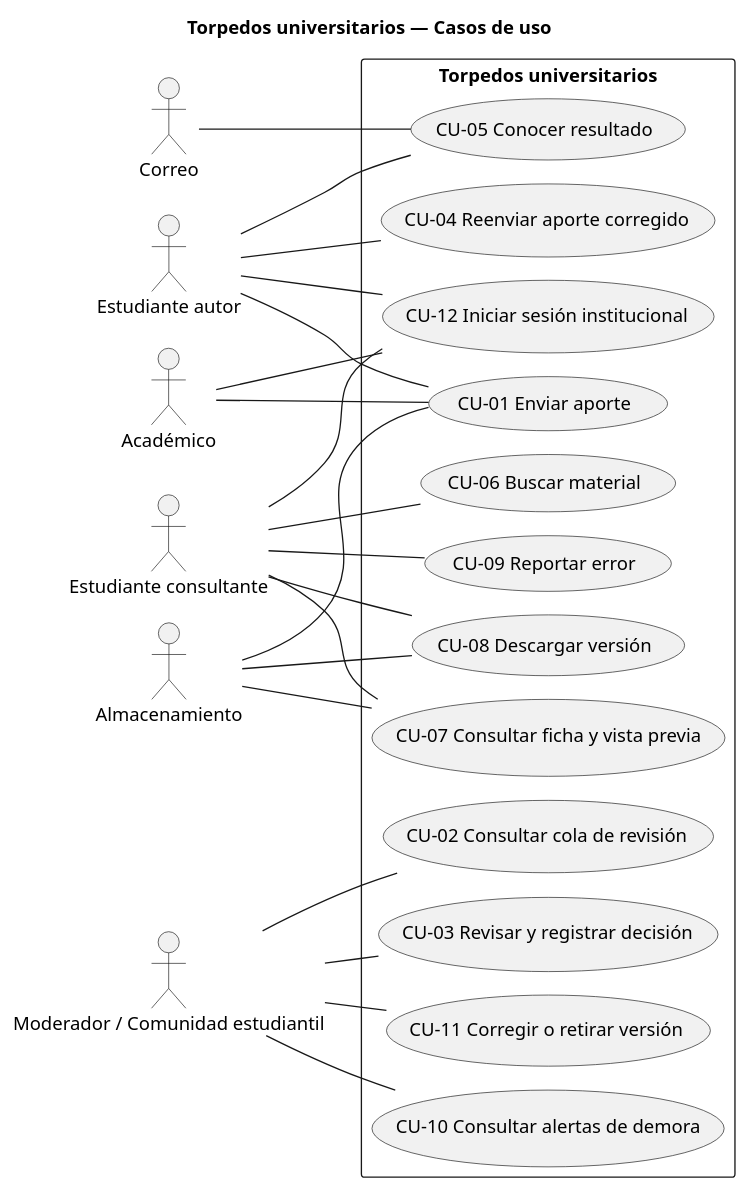
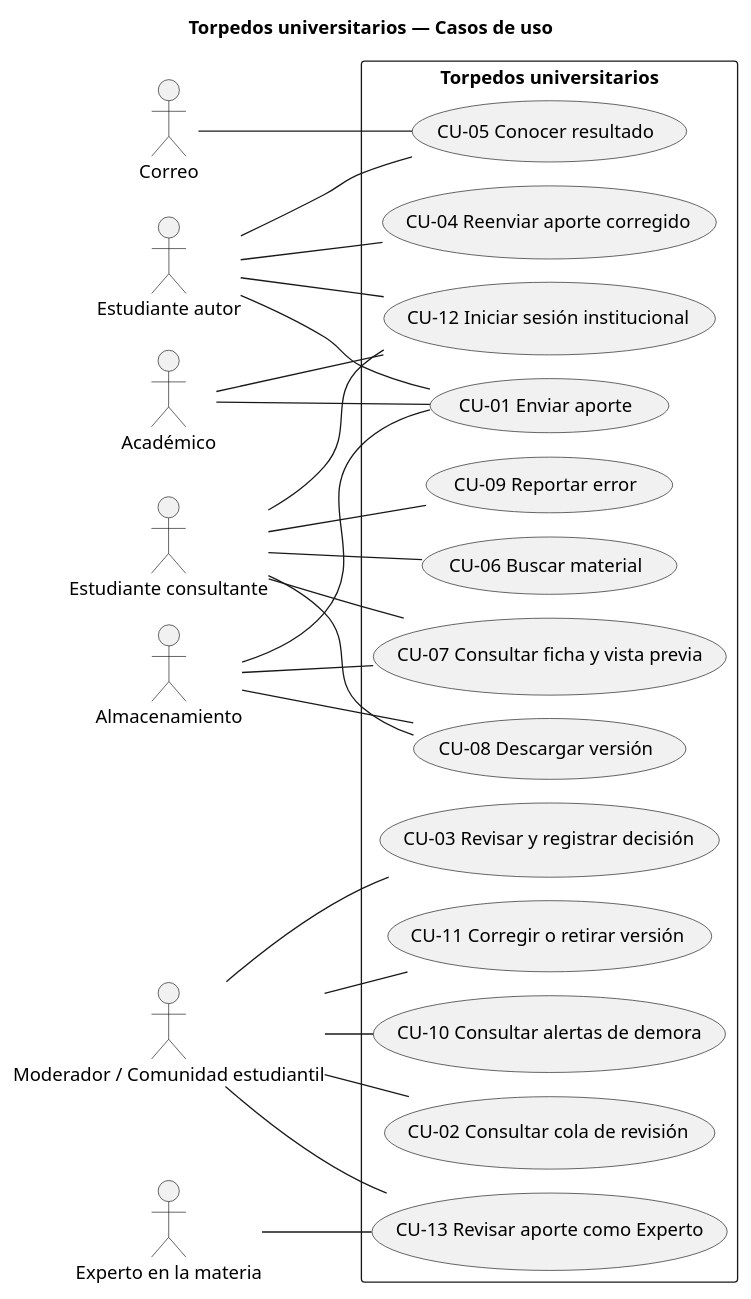
One commit to mapacheCorps/entrega changed the diagram in diagramas/casos-de-uso.puml. Above: the diagram before and after it, drawn with PlantUML. The commit also changed 38 other files, not shown here.

```diff
--- a/diagramas/casos-de-uso.puml
+++ b/diagramas/casos-de-uso.puml
@@ -1,45 +1,49 @@
 @startuml
 !pragma layout smetana
 left to right direction
 skinparam shadowing false
 title Torpedos universitarios — Casos de uso
 actor "Estudiante autor" as Autor
 actor "Estudiante consultante" as Consultante
 actor "Académico" as Academico
 actor "Moderador / Comunidad estudiantil" as Moderador
+actor "Experto en la materia" as Experto
 actor "Almacenamiento" as Archivos
 actor "Correo" as Correo
 rectangle "Torpedos universitarios" {
   usecase "CU-01 Enviar aporte" as CU1
   usecase "CU-02 Consultar cola de revisión" as CU2
   usecase "CU-03 Revisar y registrar decisión" as CU3
   usecase "CU-04 Reenviar aporte corregido" as CU4
   usecase "CU-05 Conocer resultado" as CU5
   usecase "CU-06 Buscar material" as CU6
   usecase "CU-07 Consultar ficha y vista previa" as CU7
   usecase "CU-08 Descargar versión" as CU8
   usecase "CU-09 Reportar error" as CU9
   usecase "CU-10 Consultar alertas de demora" as CU10
   usecase "CU-11 Corregir o retirar versión" as CU11
   usecase "CU-12 Iniciar sesión institucional" as CU12
+  usecase "CU-13 Revisar aporte como Experto" as CU13
 }
 Autor -- CU1
 Academico -- CU1
 Autor -- CU4
 Autor -- CU5
 Moderador -- CU2
 Moderador -- CU3
 Moderador -- CU10
 Moderador -- CU11
+Moderador -- CU13
+Experto -- CU13
 Consultante -- CU6
 Consultante -- CU7
 Consultante -- CU8
 Consultante -- CU9
 Autor -- CU12
 Academico -- CU12
 Consultante -- CU12
 Archivos -- CU1
 Archivos -- CU7
 Archivos -- CU8
 Correo -- CU5
 @enduml
```
